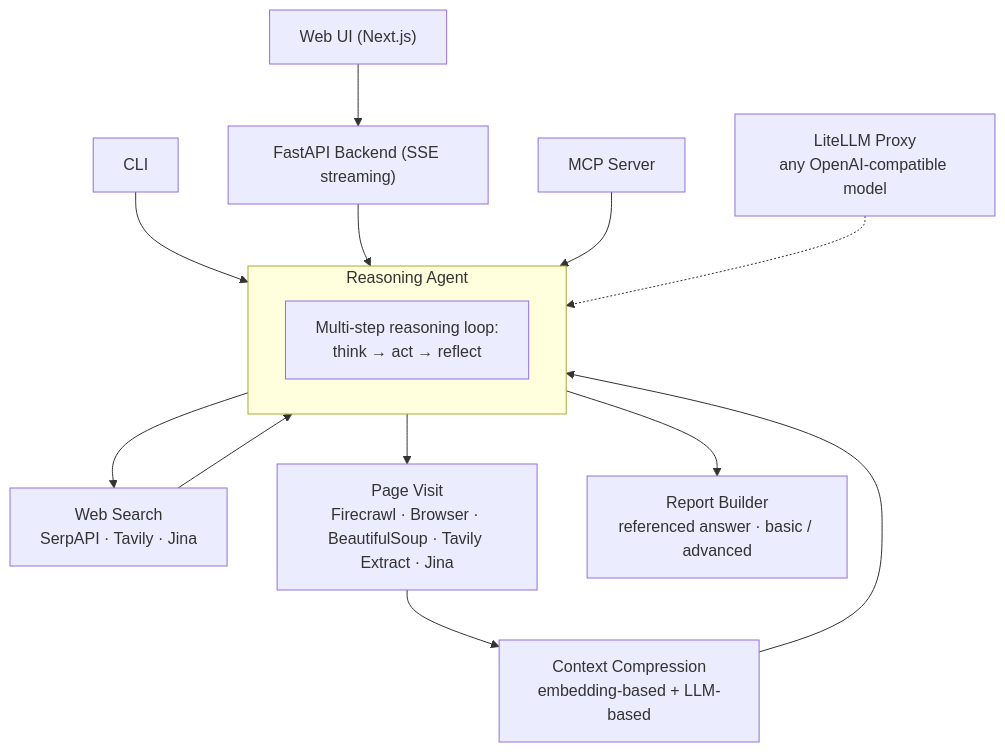
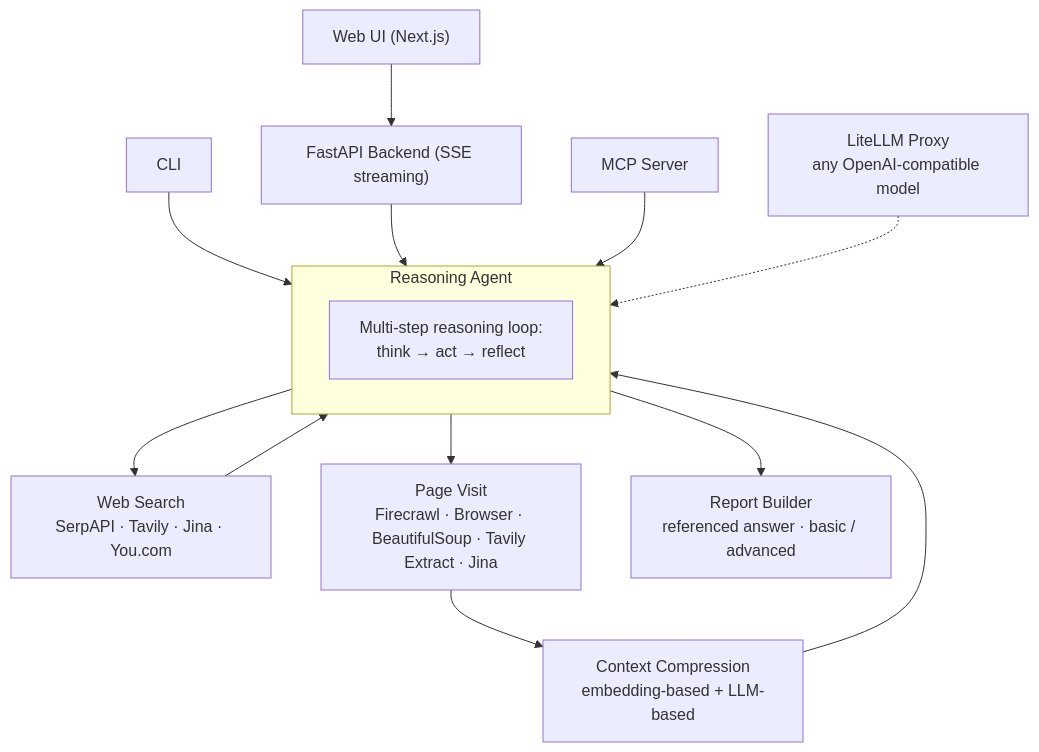
The diagram in README.md (Intelligent-Internet/ii-researcher), drawn with Mermaid before and after one commit. The commit also changed other lines of this file and 2 other files, not shown here.

First line of the commit message:
feat: add optional You.com web search provider

````diff
--- a/README.md
+++ b/README.md
@@ -87,25 +87,25 @@
 ```mermaid
 flowchart TB
     CLI["CLI"]
     WEB["Web UI (Next.js)"]
     MCPS["MCP Server"]
     API["FastAPI Backend (SSE streaming)"]
 
     WEB --> API
     CLI --> AGENT
     API --> AGENT
     MCPS --> AGENT
 
     subgraph AGENT["Reasoning Agent"]
         THINK["Multi-step reasoning loop:<br/>think → act → reflect"]
     end
 
-    AGENT --> SEARCH["Web Search<br/>SerpAPI · Tavily · Jina"]
+    AGENT --> SEARCH["Web Search<br/>SerpAPI · Tavily · Jina · You.com"]
     AGENT --> SCRAPE["Page Visit<br/>Firecrawl · Browser · BeautifulSoup · Tavily Extract · Jina"]
     SCRAPE --> COMPRESS["Context Compression<br/>embedding-based + LLM-based"]
     SEARCH --> AGENT
     COMPRESS --> AGENT
 
     AGENT --> REPORT["Report Builder<br/>referenced answer · basic / advanced"]
     LITELLM["LiteLLM Proxy<br/>any OpenAI-compatible model"] -.-> AGENT
 ```
````
